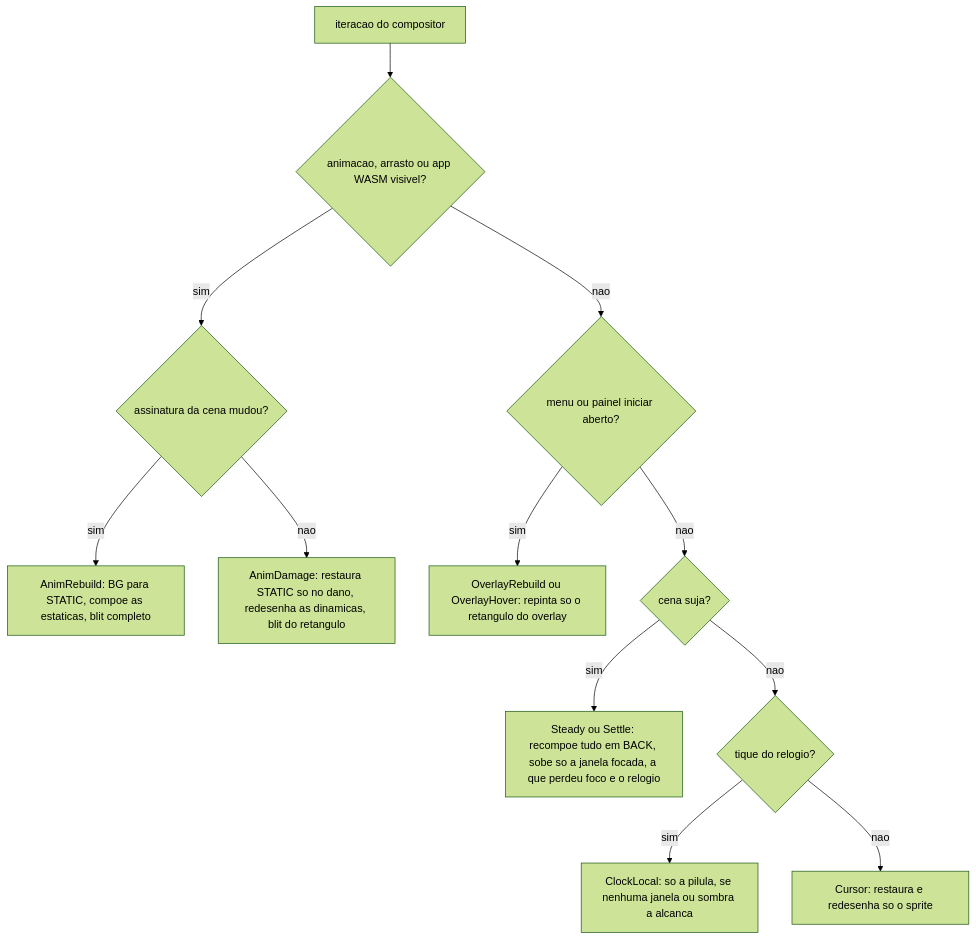
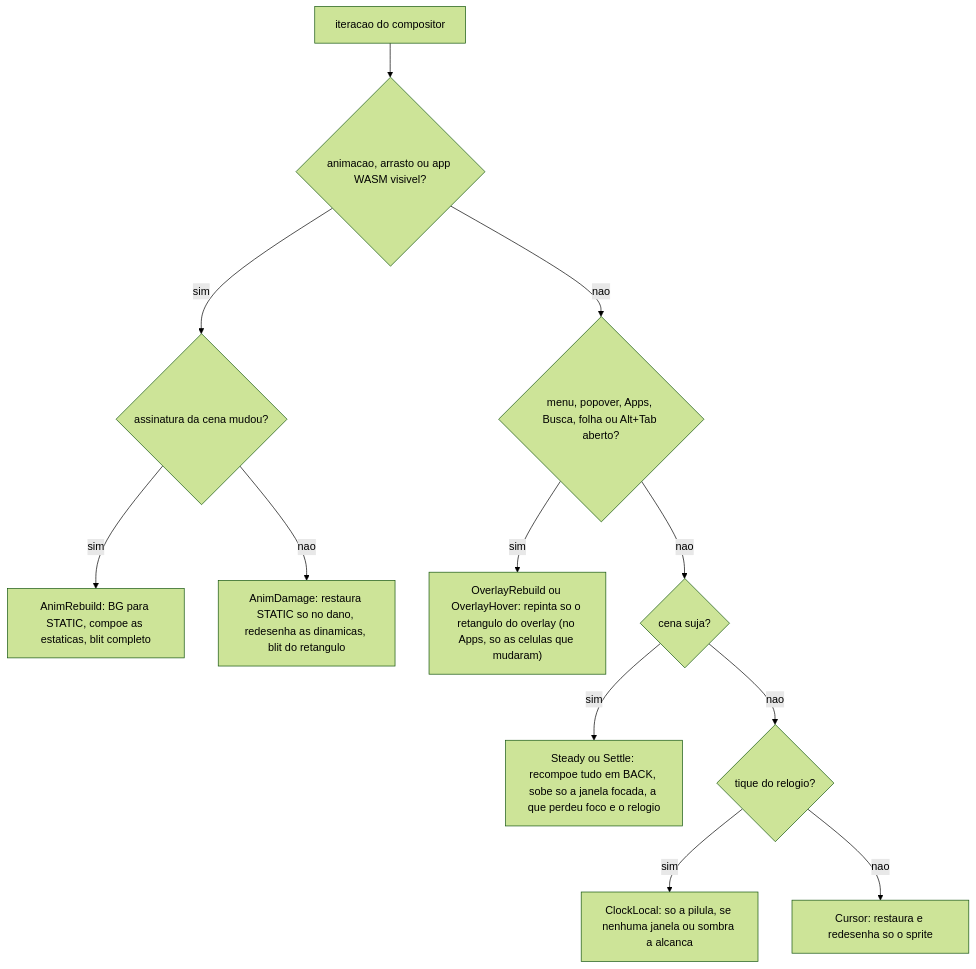
Before and after one commit to Jeffinp/OSjeff: the third of 3 diagrams in docs/ARCHITECTURE.md, drawn with Mermaid (forest theme). The commit also changed other lines of this file and 19 other files, not shown here.

First line of the commit message:
docs: UI design system, architecture, tests and numbers, new screenshots, changelog

````diff
--- a/docs/ARCHITECTURE.md
+++ b/docs/ARCHITECTURE.md
@@ -520,14 +523,14 @@
 ```mermaid
 flowchart TD
     I["iteracao do compositor"] --> A{"animacao, arrasto ou app WASM visivel?"}
     A -->|sim| AR{"assinatura da cena mudou?"}
     AR -->|sim| ARB["AnimRebuild: BG para STATIC, compoe as estaticas, blit completo"]
     AR -->|nao| AD["AnimDamage: restaura STATIC so no dano, redesenha as dinamicas, blit do retangulo"]
-    A -->|nao| O{"menu ou painel iniciar aberto?"}
-    O -->|sim| OV["OverlayRebuild ou OverlayHover: repinta so o retangulo do overlay"]
+    A -->|nao| O{"menu, popover, Apps, Busca, folha ou Alt+Tab aberto?"}
+    O -->|sim| OV["OverlayRebuild ou OverlayHover: repinta so o retangulo do overlay (no Apps, so as celulas que mudaram)"]
     O -->|nao| S{"cena suja?"}
     S -->|sim| ST["Steady ou Settle: recompoe tudo em BACK, sobe so a janela focada, a que perdeu foco e o relogio"]
     S -->|nao| CL{"tique do relogio?"}
     CL -->|sim| CLK["ClockLocal: so a pilula, se nenhuma janela ou sombra a alcanca"]
     CL -->|nao| CU["Cursor: restaura e redesenha so o sprite"]
 ```
````
